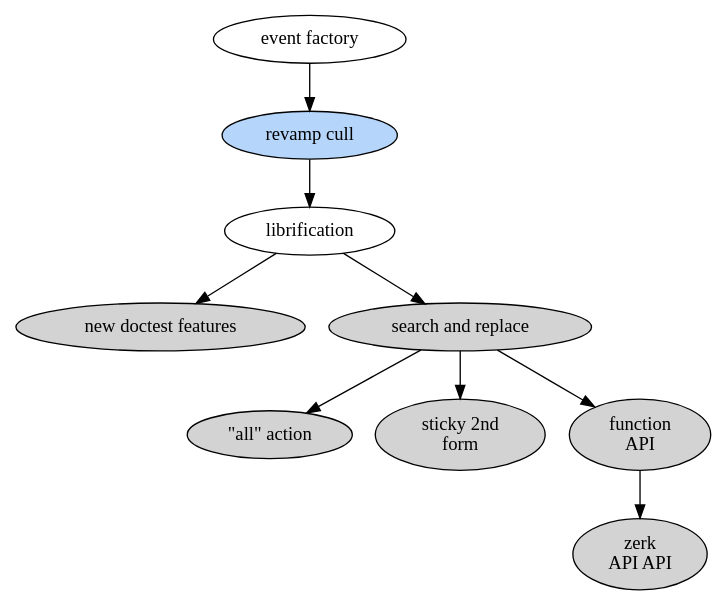
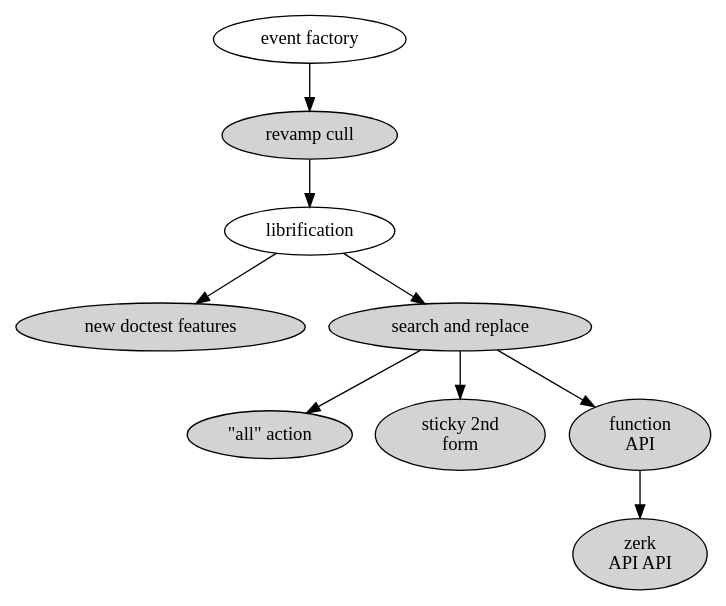
Before and after one commit to hipe/tmx: the diagram in doc/the-big-picture-of-now-02.dot, drawn with Graphviz. The commit also changed 52 other files, not shown here.

```diff
--- a/doc/the-big-picture-of-now-02.dot
+++ b/doc/the-big-picture-of-now-02.dot
@@ -1,31 +1,31 @@
 digraph {
 
   ev [label="event factory"]
 
-  cu [label="revamp cull" style=filled fillcolor="#b5d5fb"]
+  cu [label="revamp cull" style=filled]
 
   lib [label="librification"]
 
   dct [label="new doctest features" style=filled]
 
   sr [label="search and replace" style=filled]
 
   al [label="\"all\" action" style=filled]
 
   st [label="sticky 2nd\nform" style=filled]
 
   fu [label="function\nAPI" style=filled]
 
   API [label="zerk\nAPI API" style=filled]
 
   ev->cu
   cu->lib
   lib->dct
   lib->sr
   sr->st
   sr->fu
   fu->API
   sr->al
 
   # that one color of blue: fillcolor="#b5d5fb"
 }
```
